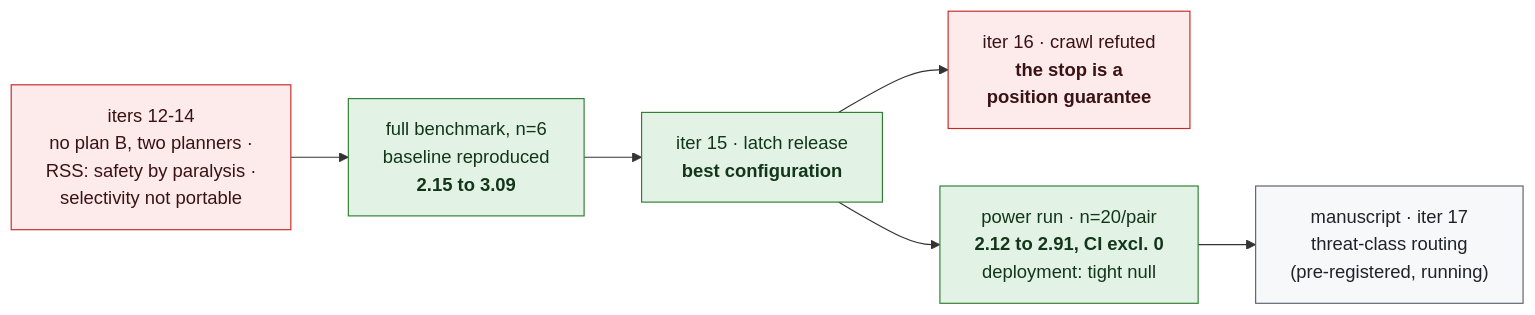
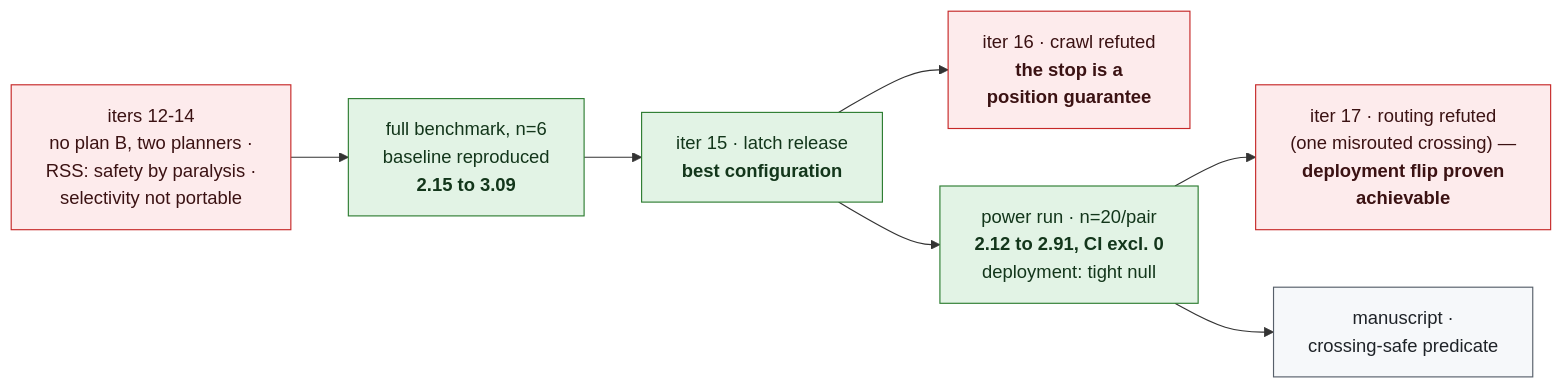
The second of 4 diagrams in README.md (manfromnowhere143/sentinel), drawn with Mermaid before and after one commit. The commit also changed other lines of this file and 7 other files, not shown here.

Commit message:
iter17 result: the safety gate fails on one misrouted crossing and the released union stands — while the routed arm records the campaign's first deployment CI excluding zero vs the unmonitored planner

````diff
--- a/README.md
+++ b/README.md
@@ -105,14 +105,15 @@
 ```mermaid
 flowchart LR
   N12["iters 12-14<br/>no plan B, two planners ·<br/>RSS: safety by paralysis ·<br/>selectivity not portable"] --> F14["full benchmark, n=6<br/>baseline reproduced<br/><b>2.15 to 3.09</b>"]
   F14 --> R15["iter 15 · latch release<br/><b>best configuration</b>"]
   R15 --> X16["iter 16 · crawl refuted<br/><b>the stop is a<br/>position guarantee</b>"]
   R15 --> P20["power run · n=20/pair<br/><b>2.12 to 2.91, CI excl. 0</b><br/>deployment: tight null"]
-  P20 --> NX["manuscript · iter 17<br/>threat-class routing<br/>(pre-registered, running)"]
+  P20 --> X17["iter 17 · routing refuted<br/>(one misrouted crossing) —<br/><b>deployment flip proven<br/>achievable</b>"]
+  P20 --> NX["manuscript ·<br/>crossing-safe predicate"]
   classDef win fill:#e2f3e5,stroke:#2e7d32,color:#13361b;
   classDef bad fill:#fdebec,stroke:#c62828,color:#3b1213;
   classDef next fill:#f6f8fa,stroke:#57606a,color:#1f2328;
   class F14,R15,P20 win;
-  class N12,X16 bad;
+  class N12,X16,X17 bad;
   class NX next;
 ```
````
